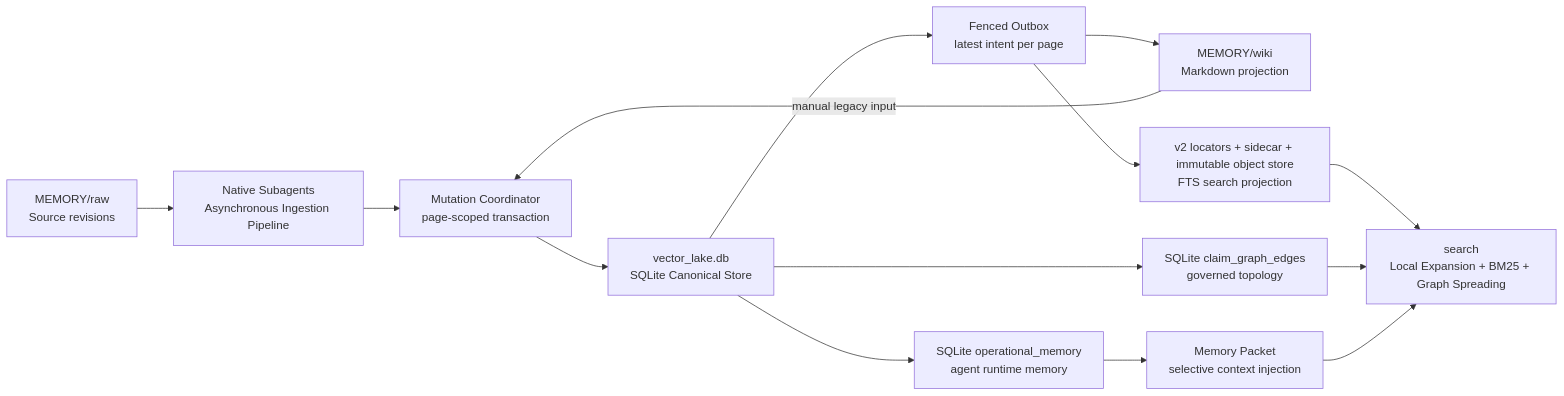
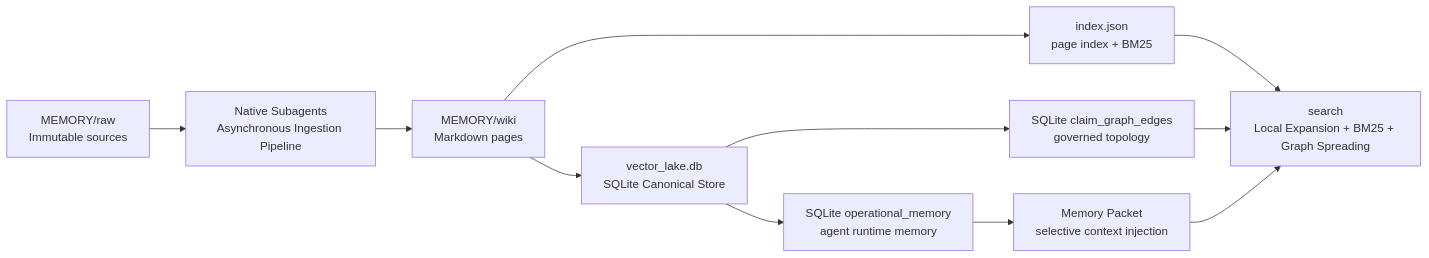
The diagram in README.md (shawnshi/vector-lake), drawn with Mermaid before and after one commit. The commit also changed other lines of this file and 344 other files, not shown here.

````diff
--- a/README.md
+++ b/README.md
@@ -21,16 +32,13 @@
 ```mermaid
 graph LR
-    RAW["MEMORY/raw<br>Source revisions"] --> INGEST["Native Subagents<br>Asynchronous Ingestion Pipeline"]
-    INGEST --> MUTATION["Mutation Coordinator<br>page-scoped transaction"]
-    WIKI["MEMORY/wiki<br>Markdown projection"] -->|manual legacy input| MUTATION
-    MUTATION --> META["vector_lake.db<br>SQLite Canonical Store"]
-    META --> OUTBOX["Fenced Outbox<br>latest intent per page"]
-    OUTBOX --> WIKI
-    OUTBOX --> INDEX["v2 locators + sidecar + immutable object store<br>FTS search projection"]
+    RAW["MEMORY/raw<br>Immutable sources"] --> INGEST["Native Subagents<br>Asynchronous Ingestion Pipeline"]
+    INGEST --> WIKI["MEMORY/wiki<br>Markdown pages"]
+    WIKI --> INDEX["index.json<br>page index + BM25"]
+    WIKI --> META["vector_lake.db<br>SQLite Canonical Store"]
     META --> CLAIM["SQLite claim_graph_edges<br>governed topology"]
     META --> MEMORY["SQLite operational_memory<br>agent runtime memory"]
     MEMORY --> PACKET["Memory Packet<br>selective context injection"]
     INDEX --> QUERY["search<br>Local Expansion + BM25 + Graph Spreading"]
     CLAIM --> QUERY
     PACKET --> QUERY
 ```
````
